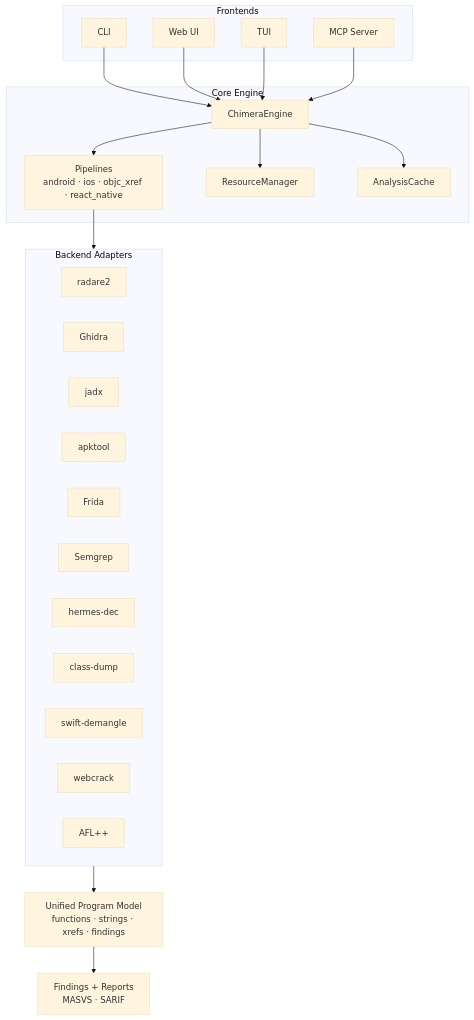
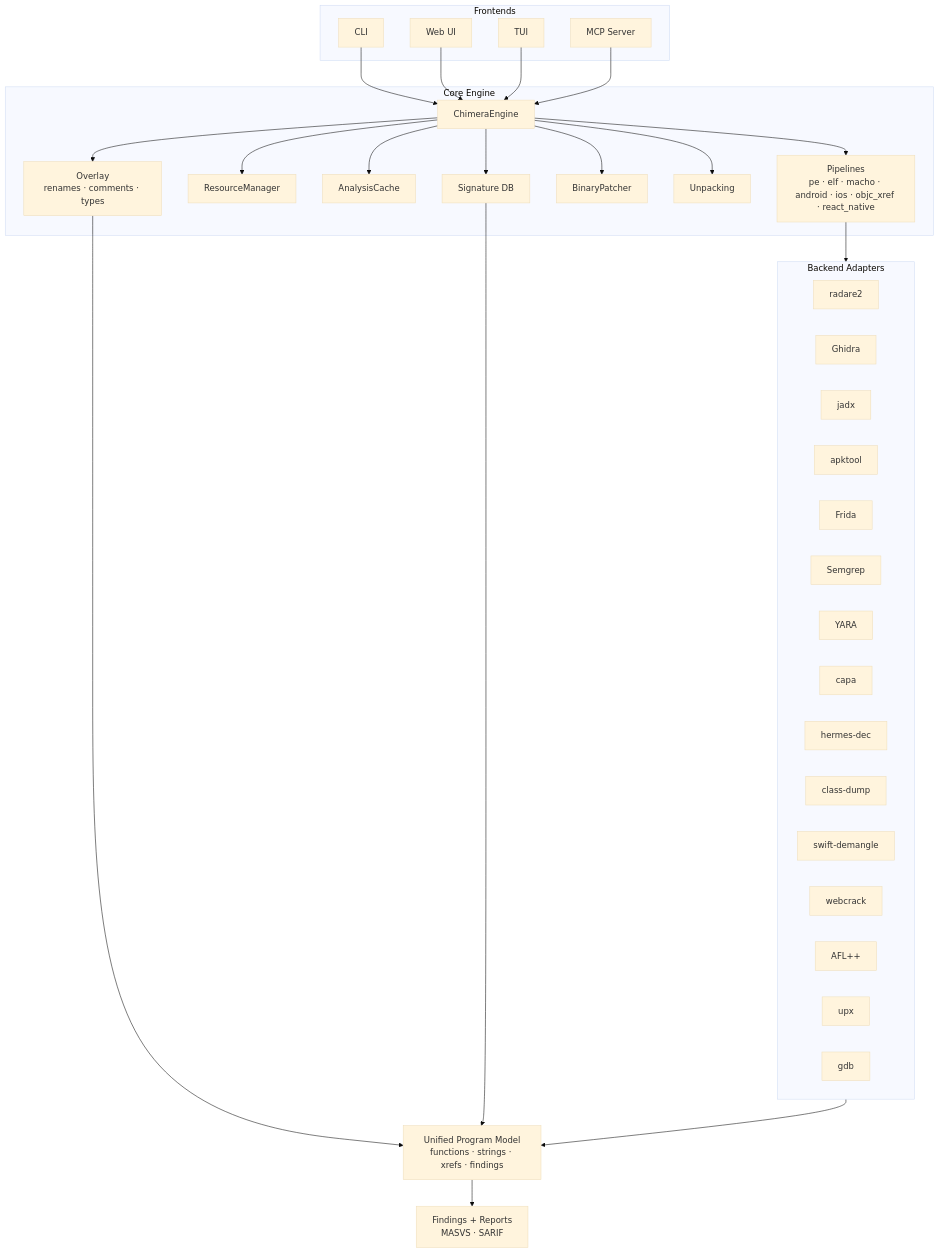
Before and after one commit to TyrusRC/chimera: the first of 2 diagrams in README.md, drawn with Mermaid (base theme). The commit also changed other lines of this file and 4 other files, not shown here.

````diff
--- a/README.md
+++ b/README.md
@@ -130,44 +232,58 @@
 ```mermaid
 flowchart TB
     subgraph Frontends
         CLI[CLI]
         Web[Web UI]
         TUI[TUI]
         MCP[MCP Server]
     end
 
     subgraph Core["Core Engine"]
         Engine[ChimeraEngine]
-        Pipelines["Pipelines<br/>android · ios · objc_xref · react_native"]
+        Pipelines["Pipelines<br/>pe · elf · macho · android · ios · objc_xref · react_native"]
         ResMgr[ResourceManager]
         Cache[AnalysisCache]
+        Overlay["Overlay<br/>renames · comments · types"]
+        Patcher[BinaryPatcher]
+        Unpack[Unpacking]
+        SigDB[Signature DB]
     end
 
     subgraph Adapters["Backend Adapters"]
         R2[radare2]
         Ghidra[Ghidra]
         Jadx[jadx]
         Apktool[apktool]
         Frida[Frida]
         Semgrep[Semgrep]
+        YARA[YARA]
+        Capa[capa]
         Hermes[hermes-dec]
         ClassDump[class-dump]
         Swift[swift-demangle]
         Webcrack[webcrack]
         AFL[AFL++]
+        UPX[upx]
+        Gdb[gdb]
     end
 
     Model["Unified Program Model<br/>functions · strings · xrefs · findings"]
     Findings["Findings + Reports<br/>MASVS · SARIF"]
 
     CLI --> Engine
     Web --> Engine
     TUI --> Engine
     MCP --> Engine
     Engine --> Pipelines
     Engine --> ResMgr
     Engine --> Cache
+    Engine --> Overlay
+    Engine --> Patcher
+    Engine --> Unpack
+    Engine --> SigDB
     Pipelines --> Adapters
     Adapters --> Model
+    Overlay --> Model
+    SigDB --> Model
     Model --> Findings
 ```
````
